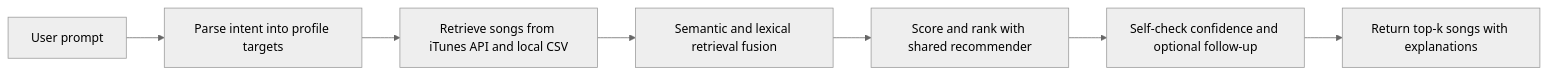
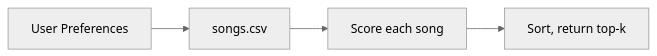
Before and after one commit to samrakshanadhikari/-applied-ai-system-project: the second of 2 diagrams in README.md, drawn with Mermaid (neutral theme). The commit also changed other lines of this file and 13 other files, not shown here.

````diff
--- a/README.md
+++ b/README.md
@@ -30,9 +232,6 @@
 ```mermaid
 flowchart LR
-    A[User prompt] --> B[Parse intent into profile targets]
-    B --> C[Retrieve songs from iTunes API and local CSV]
-    C --> D[Semantic and lexical retrieval fusion]
-    D --> E[Score and rank with shared recommender]
-    E --> F[Self-check confidence and optional follow-up]
-    F --> G[Return top-k songs with explanations]
+    A[User Preferences] --> B[songs.csv]
+    B --> C[Score each song]
+    C --> D[Sort, return top-k]
 ```
````
